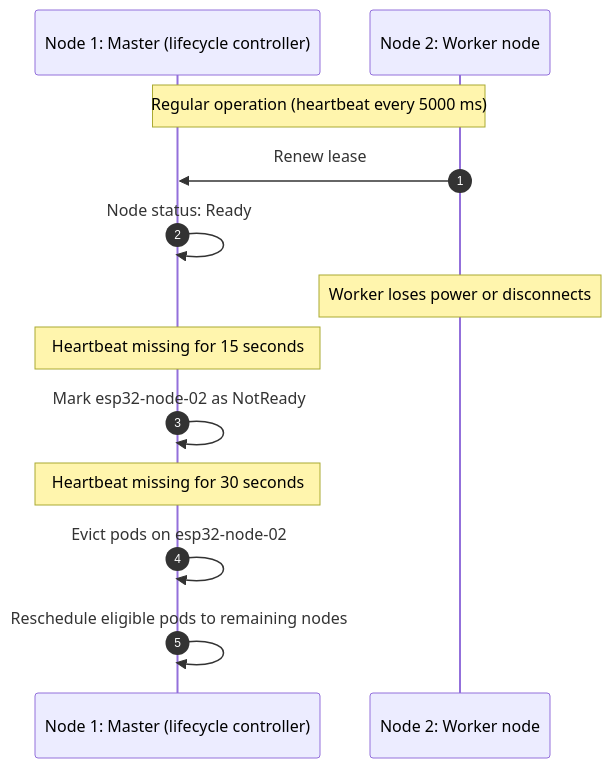
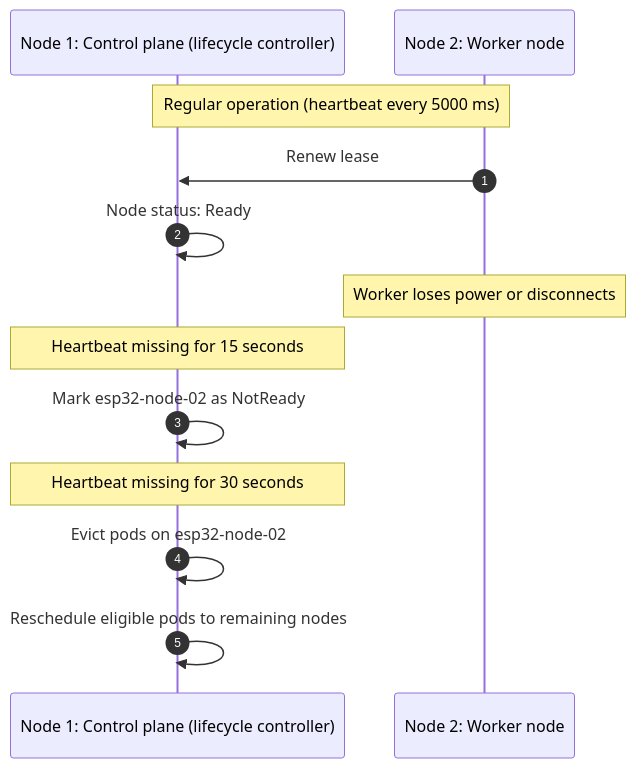
One commit to arterialist/kube32 changed the second of 2 diagrams in docs/workloads/resource-limits.md. Above: the diagram before and after it, drawn with Mermaid. The commit also changed 13 other files, not shown here.

Commit message:
style(docs): adjust Material 3 layout and fix Mermaid diagram rendering

````diff
--- a/docs/workloads/resource-limits.md
+++ b/docs/workloads/resource-limits.md
@@ -98,17 +98,17 @@
 ```mermaid
 sequenceDiagram
     autonumber
-    participant N1 as Node 1: Master (lifecycle controller)
+    participant N1 as Node 1: Control plane (lifecycle controller)
     participant N2 as Node 2: Worker node
 
     Note over N1,N2: Regular operation (heartbeat every 5000 ms)
     N2->>N1: Renew lease
     N1->>N1: Node status: Ready
 
     Note over N2: Worker loses power or disconnects
     Note over N1: Heartbeat missing for 15 seconds
     N1->>N1: Mark esp32-node-02 as NotReady
     Note over N1: Heartbeat missing for 30 seconds
     N1->>N1: Evict pods on esp32-node-02
     N1->>N1: Reschedule eligible pods to remaining nodes
 ```
````
